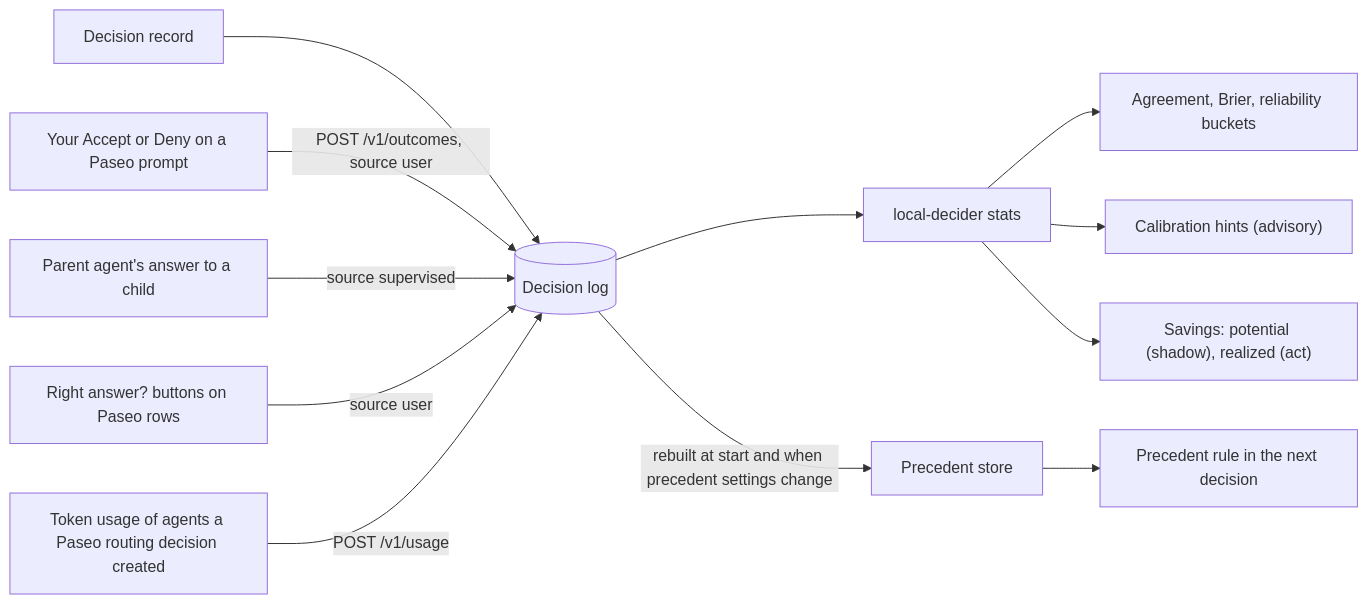
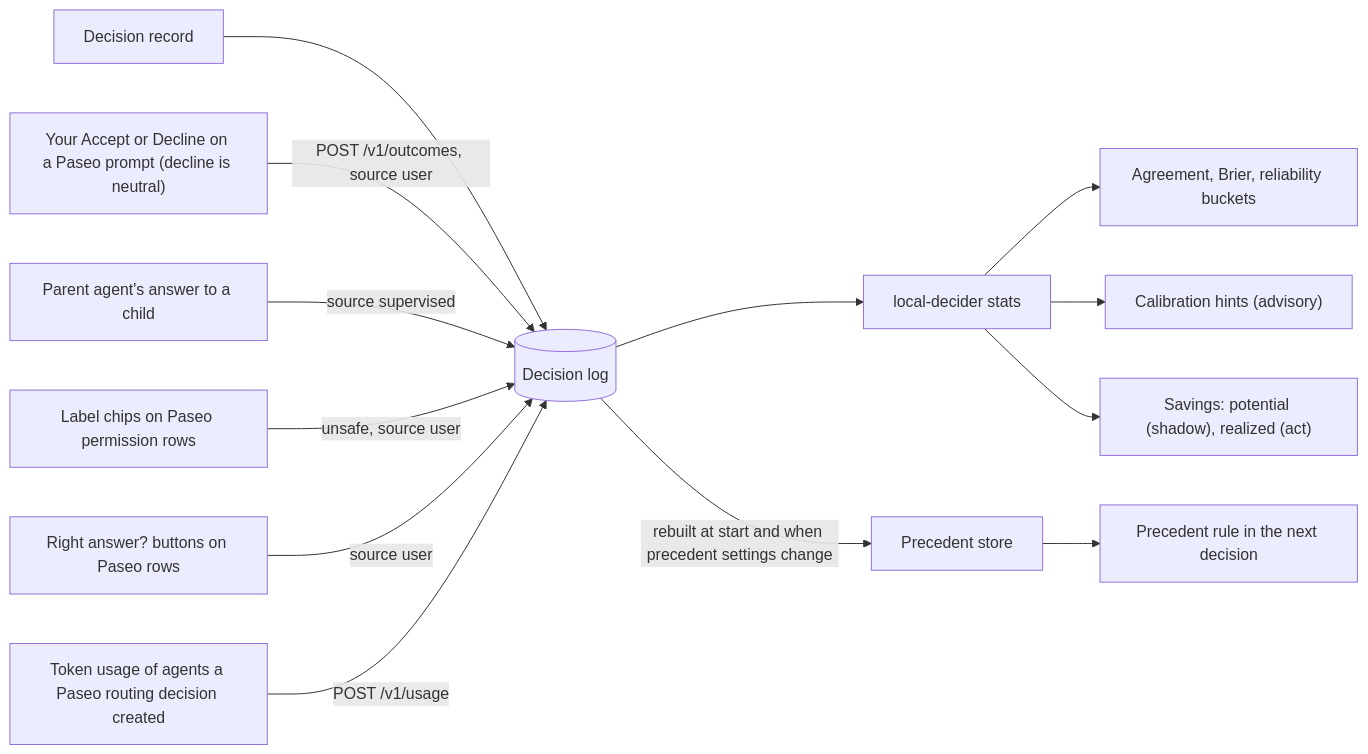
The fourth of 4 diagrams in docs/architecture.md (SkeLLLa/local-decider), drawn with Mermaid before and after one commit. The commit also changed other lines of this file and 77 other files, not shown here.

````diff
--- a/docs/architecture.md
+++ b/docs/architecture.md
@@ -148,14 +153,15 @@
 ```mermaid
 flowchart LR
   D["Decision record"] --> LOG[("Decision log")]
-  U["Your Accept or Deny on a Paseo prompt"] -->|"POST /v1/outcomes, source user"| LOG
+  U["Your Accept or Decline on a Paseo prompt (decline is neutral)"] -->|"POST /v1/outcomes, source user"| LOG
   P["Parent agent's answer to a child"] -->|"source supervised"| LOG
+  L["Label chips on Paseo permission rows"] -->|"unsafe, source user"| LOG
   F["Right answer? buttons on Paseo rows"] -->|"source user"| LOG
   T["Token usage of agents a Paseo routing decision created"] -->|"POST /v1/usage"| LOG
   LOG --> S["local-decider stats"]
   S --> A["Agreement, Brier, reliability buckets"]
   S --> C["Calibration hints (advisory)"]
   S --> SV["Savings: potential (shadow), realized (act)"]
   LOG -->|"rebuilt at start and when precedent settings change"| PR["Precedent store"]
   PR --> R["Precedent rule in the next decision"]
 ```
````
